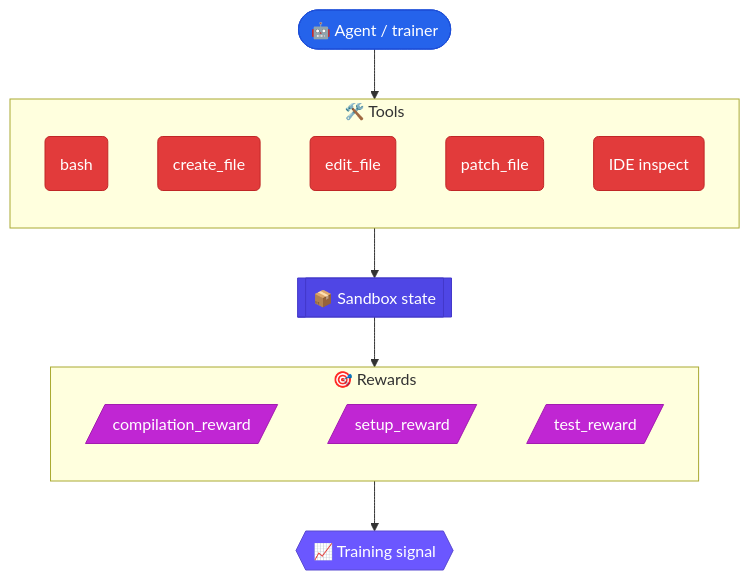
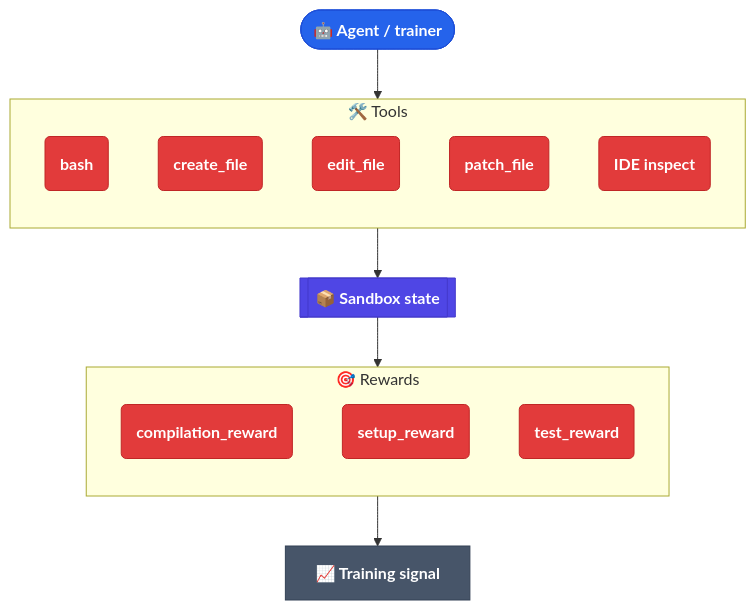
One commit to JetBrains-Research/idegym changed the diagram in website/docs/architecture/rewards-tools.md. Above: the diagram before and after it, drawn with Mermaid. The commit also changed 10 other files, not shown here.

First line of the commit message:
[JBRes-9938] diagrams: unify colors/shapes, bold titles, real tooltips, legend

````diff
--- a/website/docs/architecture/rewards-tools.md
+++ b/website/docs/architecture/rewards-tools.md
@@ -14,36 +14,35 @@
 ```mermaid
 flowchart TB
     subgraph tools["🛠️ Tools"]
         direction TB
-        bash("bash"):::tool
-        cf("create_file"):::tool
-        ef("edit_file"):::tool
-        pf("patch_file"):::tool
-        inspect("IDE inspect"):::tool
+        bash("<b>bash</b>"):::tool
+        cf("<b>create_file</b>"):::tool
+        ef("<b>edit_file</b>"):::tool
+        pf("<b>patch_file</b>"):::tool
+        inspect("<b>IDE inspect</b>"):::tool
     end
 
     subgraph rewards["🎯 Rewards"]
         direction TB
-        comp[/"compilation_reward"/]:::build
-        setup[/"setup_reward"/]:::build
-        test[/"test_reward"/]:::build
+        comp("<b>compilation_reward</b>"):::tool
+        setup("<b>setup_reward</b>"):::tool
+        test("<b>test_reward</b>"):::tool
     end
 
-    agent(["🤖 Agent / trainer"]):::client --> tools --> env[["📦 Sandbox state"]]:::pod
-    env --> rewards --> signal{{"📈 Training signal"}}:::ctrl
+    agent(["<b>🤖 Agent / trainer</b>"]):::client --> tools --> env[["<b>📦 Sandbox state</b>"]]:::pod
+    env --> rewards --> signal["<b>📈 Training signal</b>"]:::infra
 
     classDef tool fill:#e23b3b,stroke:#c02626,color:#fff;
-    classDef build fill:#c026d3,stroke:#a21caf,color:#fff;
     classDef client fill:#2563eb,stroke:#1d4ed8,color:#fff;
     classDef pod fill:#4f46e5,stroke:#4338ca,color:#fff;
-    classDef ctrl fill:#6b57ff,stroke:#5b4bd2,color:#fff;
+    classDef infra fill:#475569,stroke:#334155,color:#fff;
 
-    click bash "https://github.com/JetBrains-Research/idegym/blob/main/tools/src/idegym/tools/tool_service.py" "tool service source"
-    click cf "https://github.com/JetBrains-Research/idegym/blob/main/tools/src/idegym/tools/file_manager.py" "file manager source"
-    click ef "https://github.com/JetBrains-Research/idegym/blob/main/tools/src/idegym/tools/file_manager.py" "file manager source"
-    click pf "https://github.com/JetBrains-Research/idegym/blob/main/tools/src/idegym/tools/file_manager.py" "file manager source"
-    click inspect "https://github.com/JetBrains-Research/idegym/blob/main/plugins/pycharm/src/idegym/plugins/pycharm/server.py" "IDE inspect plugin source"
-    click comp "https://github.com/JetBrains-Research/idegym/blob/main/rewards/src/idegym/rewards/compilation_checker.py" "compilation checker source"
-    click setup "https://github.com/JetBrains-Research/idegym/blob/main/rewards/src/idegym/rewards/setup_checker.py" "setup checker source"
-    click test "https://github.com/JetBrains-Research/idegym/blob/main/rewards/src/idegym/rewards/test_checker.py" "test checker source"
+    click bash "https://github.com/JetBrains-Research/idegym/blob/main/tools/src/idegym/tools/tool_service.py" "View the bash tool-service source on GitHub."
+    click cf "https://github.com/JetBrains-Research/idegym/blob/main/tools/src/idegym/tools/file_manager.py" "View the file-manager source on GitHub."
+    click ef "https://github.com/JetBrains-Research/idegym/blob/main/tools/src/idegym/tools/file_manager.py" "View the file-manager source on GitHub."
+    click pf "https://github.com/JetBrains-Research/idegym/blob/main/tools/src/idegym/tools/file_manager.py" "View the file-manager source on GitHub."
+    click inspect "https://github.com/JetBrains-Research/idegym/blob/main/plugins/pycharm/src/idegym/plugins/pycharm/server.py" "View the IDE-inspection plugin source on GitHub."
+    click comp "https://github.com/JetBrains-Research/idegym/blob/main/rewards/src/idegym/rewards/compilation_checker.py" "View the compilation-reward checker source on GitHub."
+    click setup "https://github.com/JetBrains-Research/idegym/blob/main/rewards/src/idegym/rewards/setup_checker.py" "View the setup-reward checker source on GitHub."
+    click test "https://github.com/JetBrains-Research/idegym/blob/main/rewards/src/idegym/rewards/test_checker.py" "View the test-reward checker source on GitHub."
 ```
````
